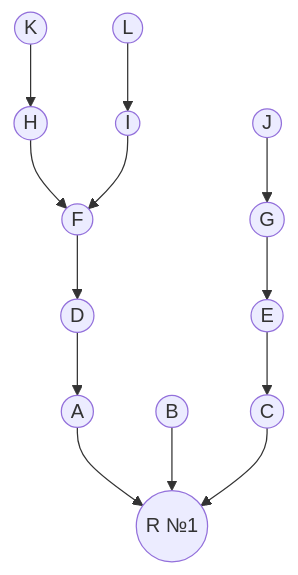
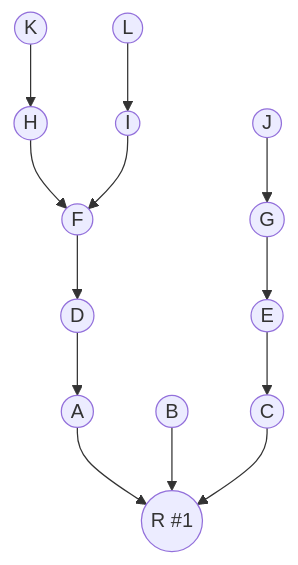
One commit to HSE-algo-23-crow/manual_tasks changed the second of 5 diagrams in task_9/citrine_task_9.md. Above: the diagram before and after it, drawn with Mermaid. The commit also changed other lines of this file, not shown here.

````diff
--- a/task_9/citrine_task_9.md
+++ b/task_9/citrine_task_9.md
@@ -38,15 +38,15 @@
 ```mermaid
 graph TB
     D((D))-->A((A))
     E-->C((C))
     F-->D
     G-->E((E))
     H-->F((F))
     I-->F
     J((J))-->G((G))
     K((K))-->H((H))
     L((L))-->I((I))
     A-->R
     B((B))-->R
-    C-->R((R №1))
+    C-->R((R #1))
 ```
````
